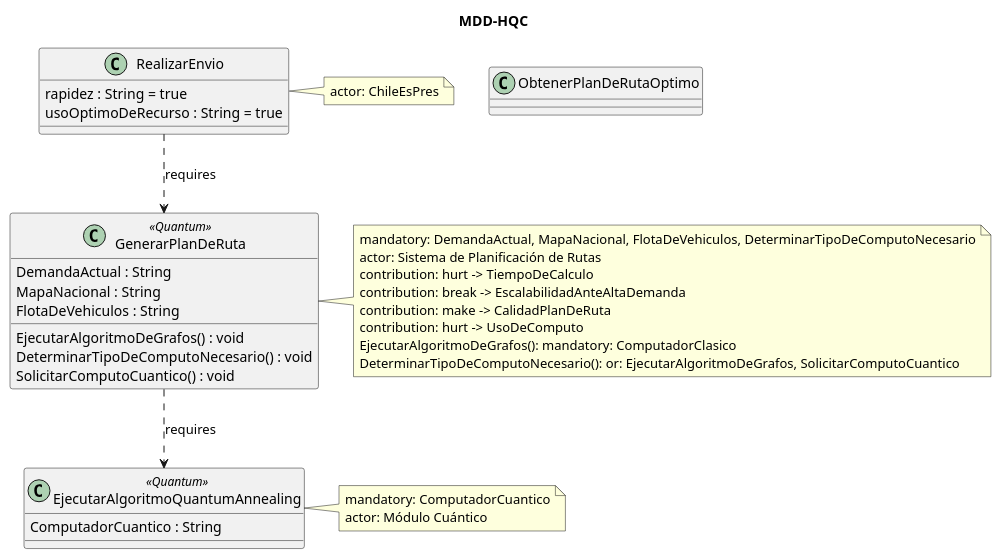
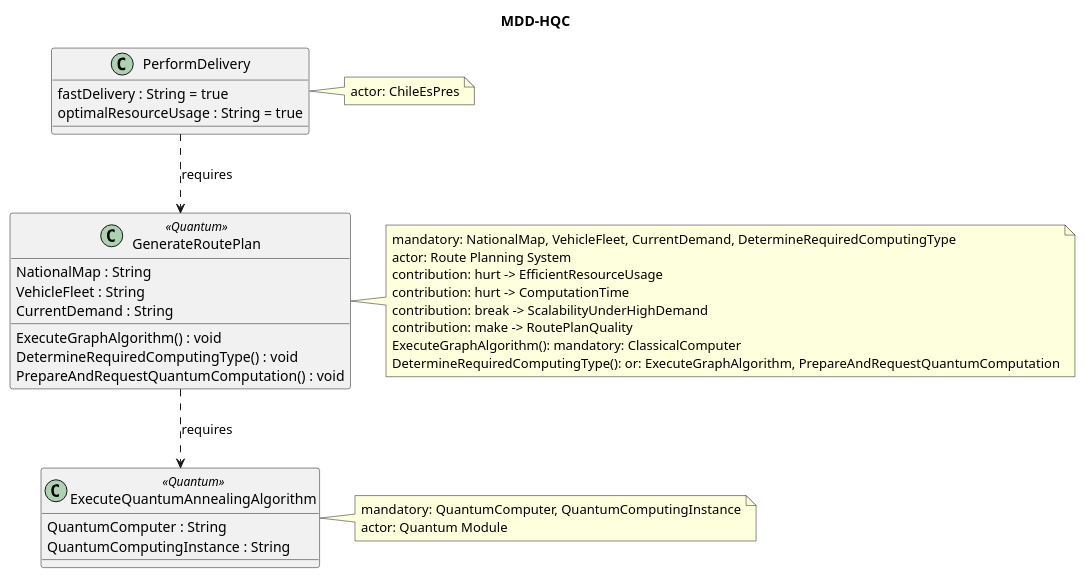
One commit to JessusTM/MDD-HQC changed the diagram in mdd-hqc-backend/data/model.puml. Above: the diagram before and after it, drawn with PlantUML. The commit also changed 2 other files, not shown here.

```diff
--- a/mdd-hqc-backend/data/model.puml
+++ b/mdd-hqc-backend/data/model.puml
@@ -1,39 +1,38 @@
 @startuml
 title MDD-HQC
-class "EjecutarAlgoritmoQuantumAnnealing" as C1 <<Quantum>> {
-  ComputadorCuantico : String
+class "ExecuteQuantumAnnealingAlgorithm" as C1 <<Quantum>> {
+  QuantumComputer : String
+  QuantumComputingInstance : String
 }
 note right of C1
-  mandatory: ComputadorCuantico
-  actor: Módulo Cuántico
+  mandatory: QuantumComputer, QuantumComputingInstance
+  actor: Quantum Module
 end note
-class "GenerarPlanDeRuta" as C2 <<Quantum>> {
-  DemandaActual : String
-  MapaNacional : String
-  FlotaDeVehiculos : String
-  EjecutarAlgoritmoDeGrafos() : void
-  DeterminarTipoDeComputoNecesario() : void
-  SolicitarComputoCuantico() : void
+class "GenerateRoutePlan" as C2 <<Quantum>> {
+  NationalMap : String
+  VehicleFleet : String
+  CurrentDemand : String
+  ExecuteGraphAlgorithm() : void
+  DetermineRequiredComputingType() : void
+  PrepareAndRequestQuantumComputation() : void
 }
 note right of C2
-  mandatory: DemandaActual, MapaNacional, FlotaDeVehiculos, DeterminarTipoDeComputoNecesario
-  actor: Sistema de Planificación de Rutas
-  contribution: hurt -> TiempoDeCalculo
-  contribution: break -> EscalabilidadAnteAltaDemanda
-  contribution: make -> CalidadPlanDeRuta
-  contribution: hurt -> UsoDeComputo
-  EjecutarAlgoritmoDeGrafos(): mandatory: ComputadorClasico
-  DeterminarTipoDeComputoNecesario(): or: EjecutarAlgoritmoDeGrafos, SolicitarComputoCuantico
+  mandatory: NationalMap, VehicleFleet, CurrentDemand, DetermineRequiredComputingType
+  actor: Route Planning System
+  contribution: hurt -> EfficientResourceUsage
+  contribution: hurt -> ComputationTime
+  contribution: break -> ScalabilityUnderHighDemand
+  contribution: make -> RoutePlanQuality
+  ExecuteGraphAlgorithm(): mandatory: ClassicalComputer
+  DetermineRequiredComputingType(): or: ExecuteGraphAlgorithm, PrepareAndRequestQuantumComputation
 end note
-class "ObtenerPlanDeRutaOptimo" as C3 {
+class "PerformDelivery" as C3 {
+  fastDelivery : String = true
+  optimalResourceUsage : String = true
 }
-class "RealizarEnvio" as C4 {
-  rapidez : String = true
-  usoOptimoDeRecurso : String = true
-}
-note right of C4
+note right of C3
   actor: ChileEsPres
 end note
-C4 ..> C2 : requires
 C2 ..> C1 : requires
+C3 ..> C2 : requires
 @enduml
```
